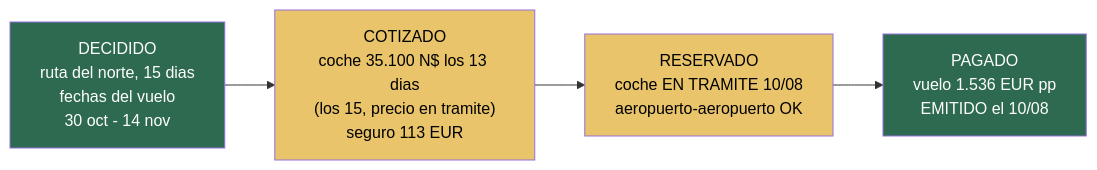
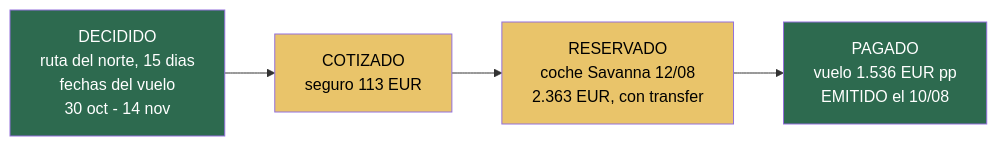
One commit to morandeirachema/namibia changed the first of 6 diagrams in README.md. Above: the diagram before and after it, drawn with Mermaid. The commit also changed other lines of this file and 14 other files, not shown here.

````diff
--- a/README.md
+++ b/README.md
@@ -35,10 +35,10 @@
 ```mermaid
 flowchart LR
-    D["DECIDIDO<br/>ruta del norte, 15 dias<br/>fechas del vuelo<br/>30 oct - 14 nov"] --> C["COTIZADO<br/>coche 35.100 N$ los 13 dias<br/>(los 15, precio en tramite)<br/>seguro 113 EUR"]
-    C --> R["RESERVADO<br/>coche EN TRAMITE 10/08<br/>aeropuerto-aeropuerto OK"]
+    D["DECIDIDO<br/>ruta del norte, 15 dias<br/>fechas del vuelo<br/>30 oct - 14 nov"] --> C["COTIZADO<br/>seguro 113 EUR"]
+    C --> R["RESERVADO<br/>coche Savanna 12/08<br/>2.363 EUR, con transfer"]
     R --> P["PAGADO<br/>vuelo 1.536 EUR pp<br/>EMITIDO el 10/08"]
     style D fill:#2d6a4f,color:#fff
     style C fill:#e9c46a,color:#000
     style R fill:#e9c46a,color:#000
     style P fill:#2d6a4f,color:#fff
 ```
````
